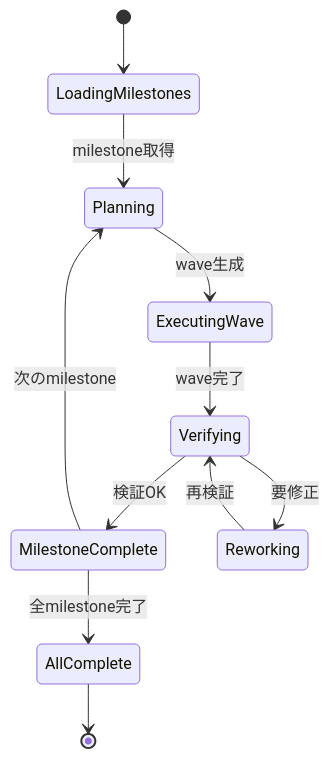
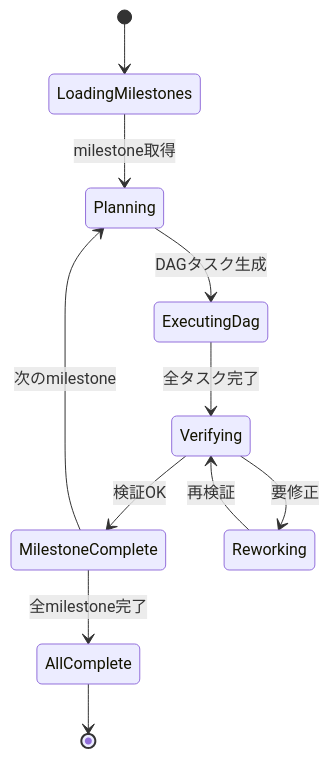
Before and after one commit to ymdvsymd/tornado: the diagram in docs/01-architecture.md, drawn with Mermaid. The commit also changed other lines of this file and 5 other files, not shown here.

````diff
--- a/docs/01-architecture.md
+++ b/docs/01-architecture.md
@@ -159,17 +161,17 @@
 ```mermaid
 stateDiagram-v2
     [*] --> LoadingMilestones
     LoadingMilestones --> Planning : milestone取得
 
-    Planning --> ExecutingWave : wave生成
-    ExecutingWave --> Verifying : wave完了
+    Planning --> ExecutingDag : DAGタスク生成
+    ExecutingDag --> Verifying : 全タスク完了
 
     Verifying --> MilestoneComplete : 検証OK
     Verifying --> Reworking : 要修正
 
     Reworking --> Verifying : 再検証
 
     MilestoneComplete --> Planning : 次のmilestone
     MilestoneComplete --> AllComplete : 全milestone完了
     AllComplete --> [*]
 ```
````
